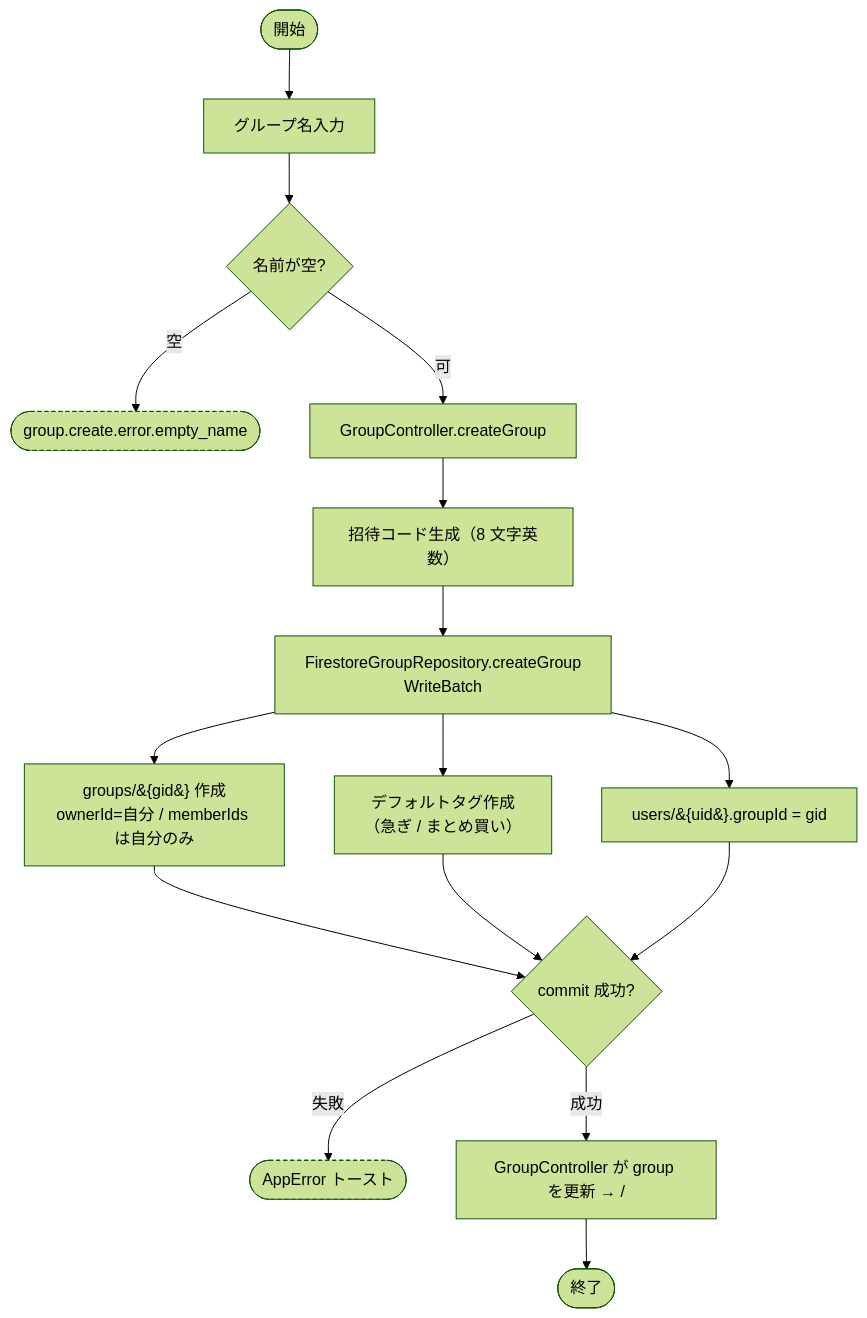
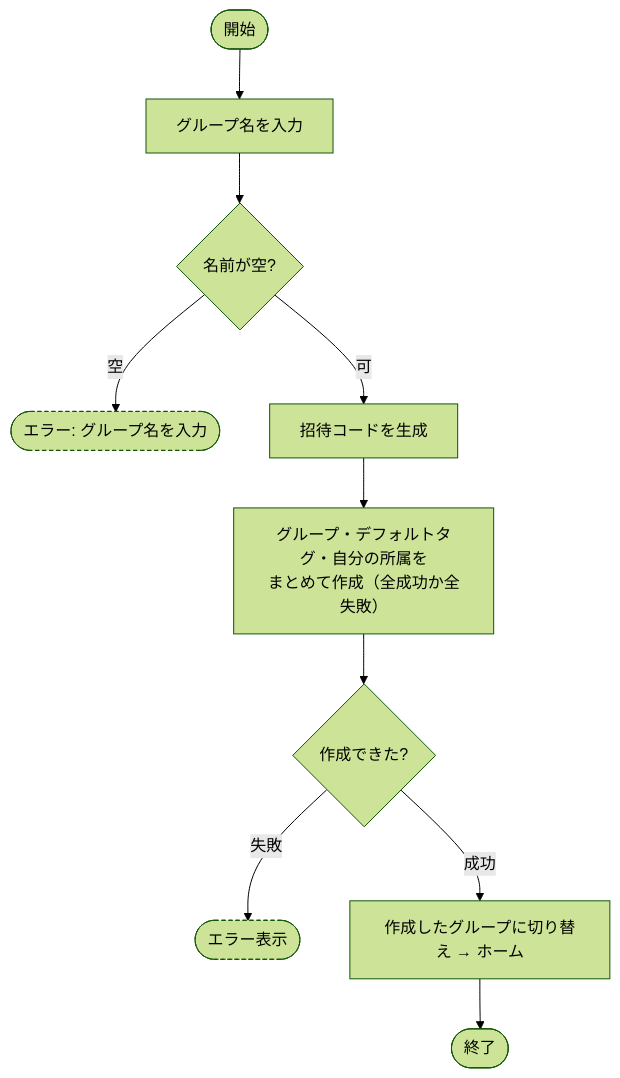
One commit to ekusy/shopping-list-app-flutter changed the seventh of 28 diagrams in docs/内部設計/アクティビティ図.md. Above: the diagram before and after it, drawn with Mermaid (forest theme). The commit also changed other lines of this file, not shown here.

First line of the commit message:
docs: アクティビティ図を処理の流れ・分岐の説明に集中させて改稿

````diff
--- a/docs/内部設計/アクティビティ図.md
+++ b/docs/内部設計/アクティビティ図.md
@@ -124,19 +119,13 @@
 ```mermaid
 flowchart TD
-    S([開始]) --> IN[グループ名入力]
+    S([開始]) --> IN[グループ名を入力]
     IN --> V{名前が空?}
-    V -->|空| E1([group.create.error.empty_name]):::err
-    V -->|可| C[GroupController.createGroup]
-    C --> GEN[招待コード生成（8 文字英数）]
-    GEN --> B[FirestoreGroupRepository.createGroup\nWriteBatch]
-    B --> B1[groups/&#123;gid&#125; 作成\nownerId=自分 / memberIds は自分のみ]
-    B --> B2[デフォルトタグ作成\n（急ぎ / まとめ買い）]
-    B --> B3[users/&#123;uid&#125;.groupId = gid]
-    B1 --> CM{commit 成功?}
-    B2 --> CM
-    B3 --> CM
-    CM -->|失敗| E2([AppError トースト]):::err
-    CM -->|成功| OK[GroupController が group を更新 → /]
+    V -->|空| E1([エラー: グループ名を入力]):::err
+    V -->|可| GEN[招待コードを生成]
+    GEN --> B[グループ・デフォルトタグ・自分の所属を\nまとめて作成（全成功か全失敗）]
+    B --> CM{作成できた?}
+    CM -->|失敗| E2([エラー表示]):::err
+    CM -->|成功| OK[作成したグループに切り替え → ホーム]
     OK --> E([終了])
     classDef err stroke-dasharray: 4 3
 ```
````
